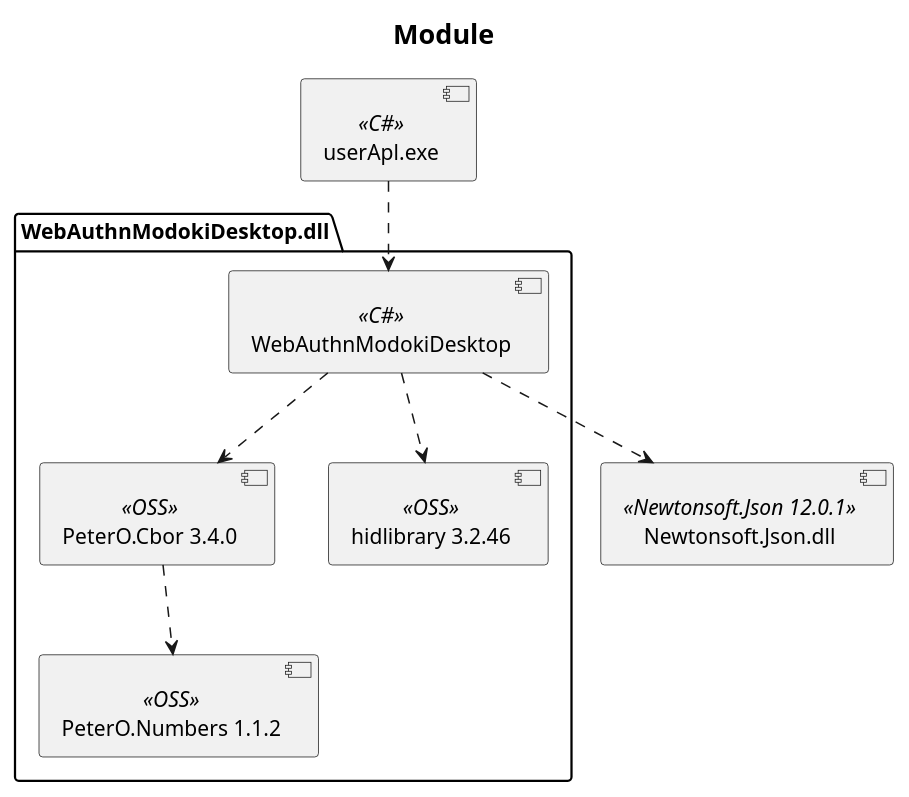
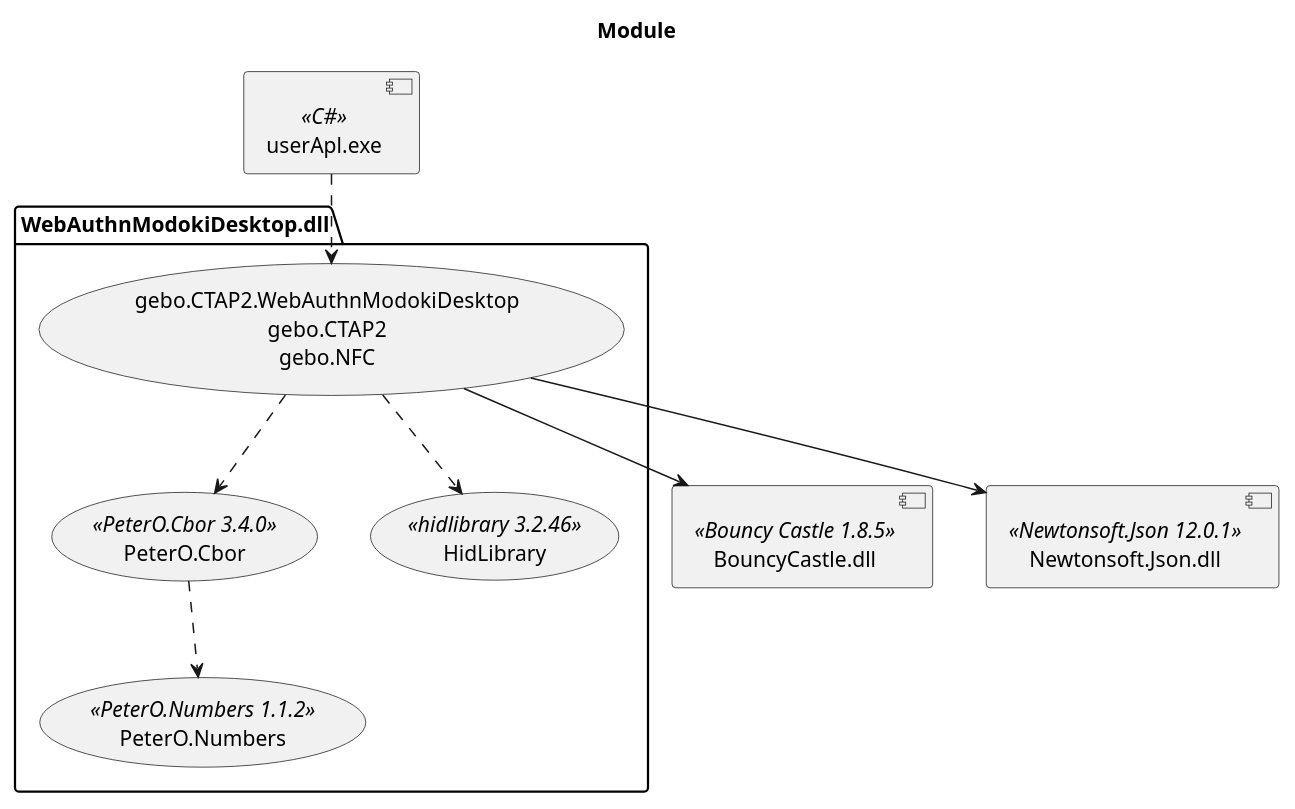
Before and after one commit to gebogebogebo/WebAuthnModokiDesktop: the diagram in pu/component.pu, drawn with PlantUML. The commit also changed 1 other file, not shown here.

```diff
--- a/pu/component.pu
+++ b/pu/component.pu
@@ -1,21 +1,23 @@
 @startuml
-title <size:18>Module</size>
+title Module
 
 component userApl.exe as userApl <<C#>>
 
 package "WebAuthnModokiDesktop.dll" {
-    component "WebAuthnModokiDesktop" as WebAuthnModokiDesktop <<C#>>
-    component "PeterO.Cbor 3.4.0" as CBOR <<OSS>>
-    component "PeterO.Numbers 1.1.2" as Numbers <<OSS>>
-    component "hidlibrary 3.2.46" as HidLibrary <<OSS>>
+    (gebo.CTAP2.WebAuthnModokiDesktop\ngebo.CTAP2\ngebo.NFC) as WebAuthnModokiDesktop 
+    (PeterO.Cbor) as CBOR <<PeterO.Cbor 3.4.0>>
+    (PeterO.Numbers) as Numbers <<PeterO.Numbers 1.1.2>>
+    (HidLibrary) as HidLibrary <<hidlibrary 3.2.46>>
 }   
 
-component Newtonsoft.Json.dll as Newtonsoft.Json <<Newtonsoft.Json 12.0.1>>
+component "BouncyCastle.dll" as Bouncy <<Bouncy Castle 1.8.5>>
+component "Newtonsoft.Json.dll" as Newtonsoft.Json <<Newtonsoft.Json 12.0.1>>
 
 userApl ..> WebAuthnModokiDesktop
 WebAuthnModokiDesktop ..> HidLibrary
 WebAuthnModokiDesktop ..> CBOR
 CBOR ..> Numbers
-WebAuthnModokiDesktop ..> Newtonsoft.Json
+WebAuthnModokiDesktop --> Newtonsoft.Json
+WebAuthnModokiDesktop --> Bouncy
 
 @enduml
```
